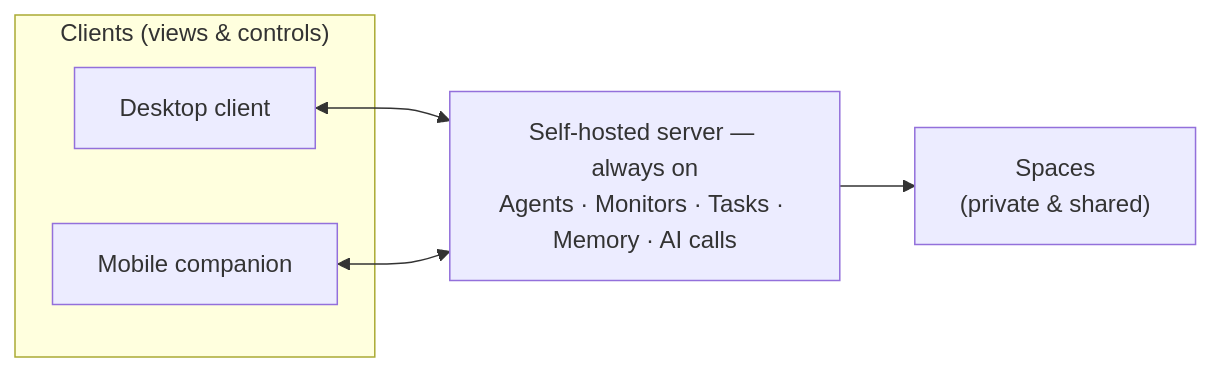
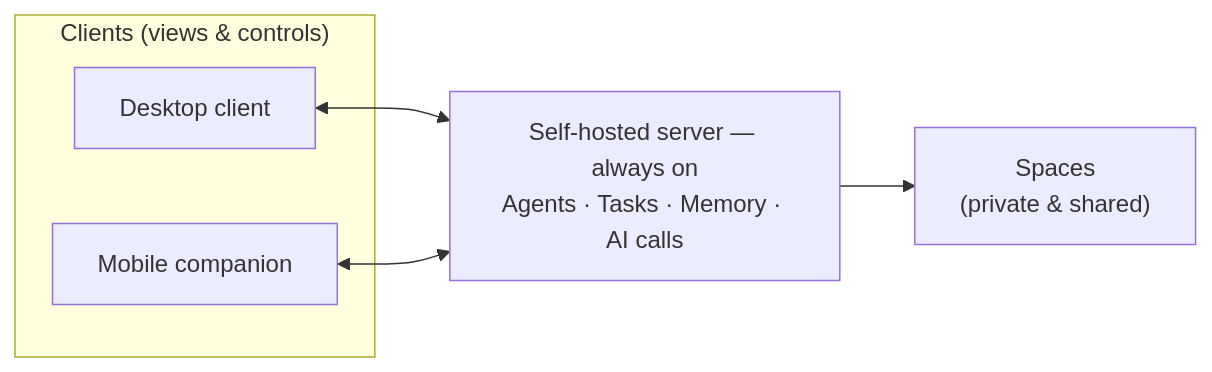
Before and after one commit to alex-oleshkevich/dailydrift: the first of 2 diagrams in specs/overview.md, drawn with Mermaid. The commit also changed other lines of this file and 3 other files, not shown here.

````diff
--- a/specs/overview.md
+++ b/specs/overview.md
@@ -68,11 +68,11 @@
 ```mermaid
 flowchart LR
     subgraph Clients["Clients (views & controls)"]
       D["Desktop client"]
       M["Mobile companion"]
     end
     D <--> S
     M <--> S
-    S["Self-hosted server — always on<br/>Agents · Monitors · Tasks · Memory · AI calls"]
+    S["Self-hosted server — always on<br/>Agents · Tasks · Memory · AI calls"]
     S --> SP["Spaces<br/>(private & shared)"]
 ```
````
